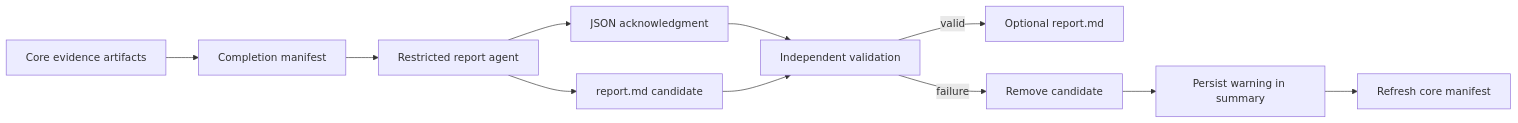
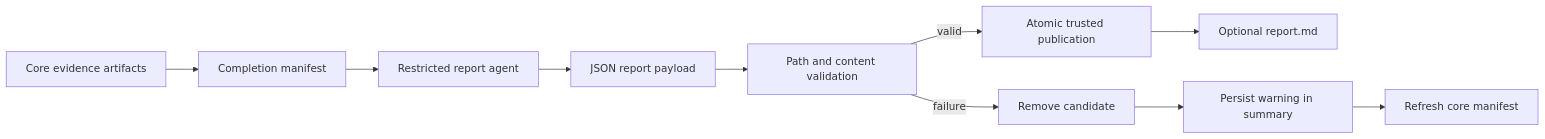
Before and after one commit to ohpauleez/spec-check: the diagram in openspec/changes/add-final-evidence-report/proposal.md, drawn with Mermaid. The commit also changed other lines of this file and 15 other files, not shown here.

````diff
--- a/openspec/changes/add-final-evidence-report/proposal.md
+++ b/openspec/changes/add-final-evidence-report/proposal.md
@@ -96,13 +96,12 @@
 ```mermaid
 flowchart LR
     E[Core evidence artifacts] --> M[Completion manifest]
     M --> A[Restricted report agent]
-    A --> K[JSON acknowledgment]
-    A --> F[report.md candidate]
-    K --> V[Independent validation]
-    F --> V
-    V -->|valid| R[Optional report.md]
+    A --> K[JSON report payload]
+    K --> V[Path and content validation]
+    V -->|valid| P[Atomic trusted publication]
+    P --> R[Optional report.md]
     V -->|failure| C[Remove candidate]
     C --> W[Persist warning in summary]
     W --> X[Refresh core manifest]
 ```
````
